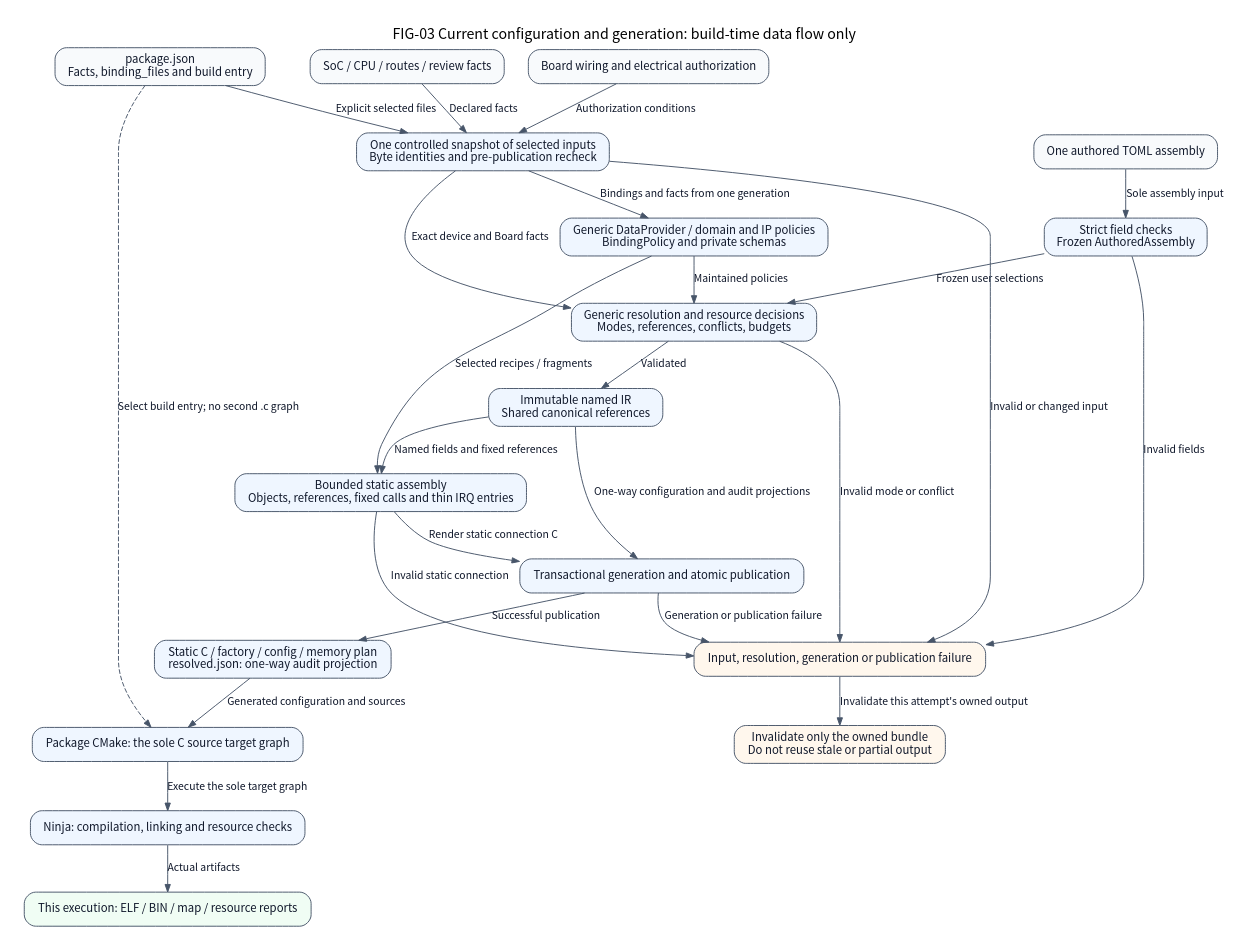
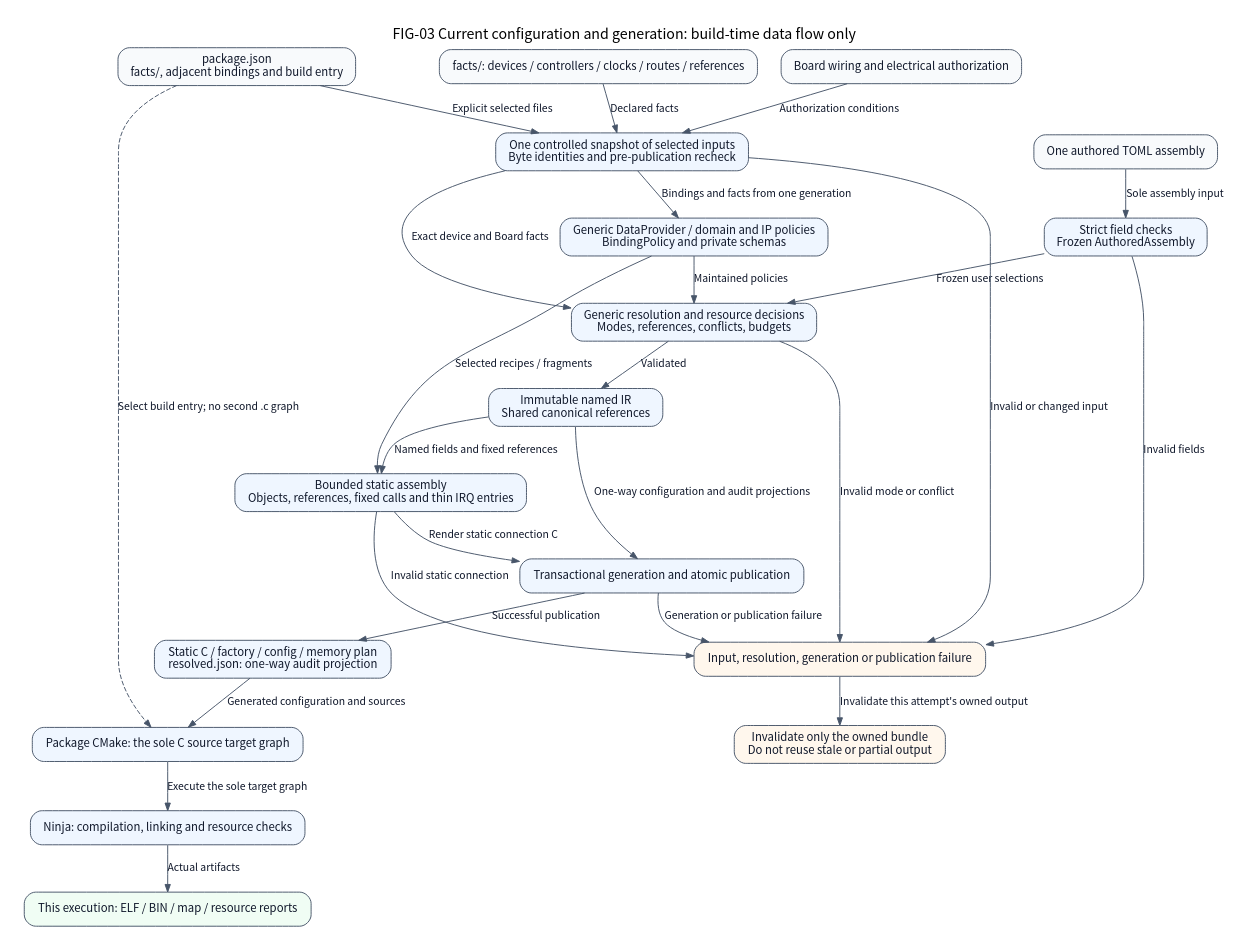
Before and after one commit to X-Gen-Lab/nexus: the diagram in docs/assets/diagrams/localized/en/configuration-generation.dot, drawn with Graphviz. The commit also changed 935 other files, not shown here.

Commit message:
refactor(soc): organize STM32F4 package by responsibility

```diff
--- a/docs/assets/diagrams/localized/en/configuration-generation.dot
+++ b/docs/assets/diagrams/localized/en/configuration-generation.dot
@@ -1,48 +1,48 @@
 // Current scoped view. Build-time arrows and runtime calls are labeled explicitly.
 // Code basis: tools/configure/packages.py; data_provider.py; domain_policies.py; package_policy.py; ir.py; static_recipe.py; bundle.py; cmake/platform/Configure.cmake
 digraph ConfigurationGeneration {
     graph [label="FIG-03 Current configuration and generation: build-time data flow only", rankdir=TB, bgcolor="white", pad=0.25, nodesep=0.35, ranksep=0.52, fontname="Noto Sans CJK SC", fontsize=15, labelloc=t];
     node [shape=box, style="rounded,filled", fillcolor="#eff6ff", color="#475569", fontcolor="#0f172a", fontname="Noto Sans CJK SC", fontsize=12, margin="0.16,0.10"];
     edge [color="#475569", fontcolor="#0f172a", fontname="Noto Sans CJK SC", fontsize=11, arrowsize=0.8];
     assembly [label="One authored TOML assembly", fillcolor="#f8fafc"];
-    package [label="package.json\nFacts, binding_files and build entry", fillcolor="#f8fafc"];
-    socFacts [label="SoC / CPU / routes / review facts", fillcolor="#f8fafc"];
+    package [label="package.json\nfacts/, adjacent bindings and build entry", fillcolor="#f8fafc"];
+    socFacts [label="facts/: devices / controllers / clocks / routes / references", fillcolor="#f8fafc"];
     boardFacts [label="Board wiring and electrical authorization", fillcolor="#f8fafc"];
     authored [label="Strict field checks\nFrozen AuthoredAssembly"];
     reader [label="One controlled snapshot of selected inputs\nByte identities and pre-publication recheck"];
     policies [label="Generic DataProvider / domain and IP policies\nBindingPolicy and private schemas"];
     resolver [label="Generic resolution and resource decisions\nModes, references, conflicts, budgets"];
     typedIr [label="Immutable named IR\nShared canonical references"];
     construction [label="Bounded static assembly\nObjects, references, fixed calls and thin IRQ entries"];
     bundle [label="Transactional generation and atomic publication"];
     outputs [label="Static C / factory / config / memory plan\nresolved.json: one-way audit projection"];
     targets [label="Package CMake: the sole C source target graph"];
     ninja [label="Ninja: compilation, linking and resource checks"];
     firmware [label="This execution: ELF / BIN / map / resource reports", fillcolor="#f0fdf4"];
     rejected [label="Input, resolution, generation or publication failure", fillcolor="#fff7ed"];
     invalidated [label="Invalidate only the owned bundle\nDo not reuse stale or partial output", fillcolor="#fff7ed"];
     assembly -> authored [label="Sole assembly input"];
     package -> reader [label="Explicit selected files"];
     socFacts -> reader [label="Declared facts"];
     boardFacts -> reader [label="Authorization conditions"];
     reader -> policies [label="Bindings and facts from one generation"];
     reader -> resolver [label="Exact device and Board facts"];
     authored -> resolver [label="Frozen user selections"];
     policies -> resolver [label="Maintained policies"];
     resolver -> typedIr [label="Validated"];
     typedIr -> construction [label="Named fields and fixed references"];
     policies -> construction [label="Selected recipes / fragments"];
     construction -> bundle [label="Render static connection C"];
     typedIr -> bundle [label="One-way configuration and audit projections"];
     bundle -> outputs [label="Successful publication"];
     outputs -> targets [label="Generated configuration and sources"];
     package -> targets [label="Select build entry; no second .c graph", style=dashed];
     targets -> ninja [label="Execute the sole target graph"];
     ninja -> firmware [label="Actual artifacts"];
     authored -> rejected [label="Invalid fields"];
     reader -> rejected [label="Invalid or changed input"];
     resolver -> rejected [label="Invalid mode or conflict"];
     construction -> rejected [label="Invalid static connection"];
     bundle -> rejected [label="Generation or publication failure"];
     rejected -> invalidated [label="Invalidate this attempt's owned output"];
 }
```
